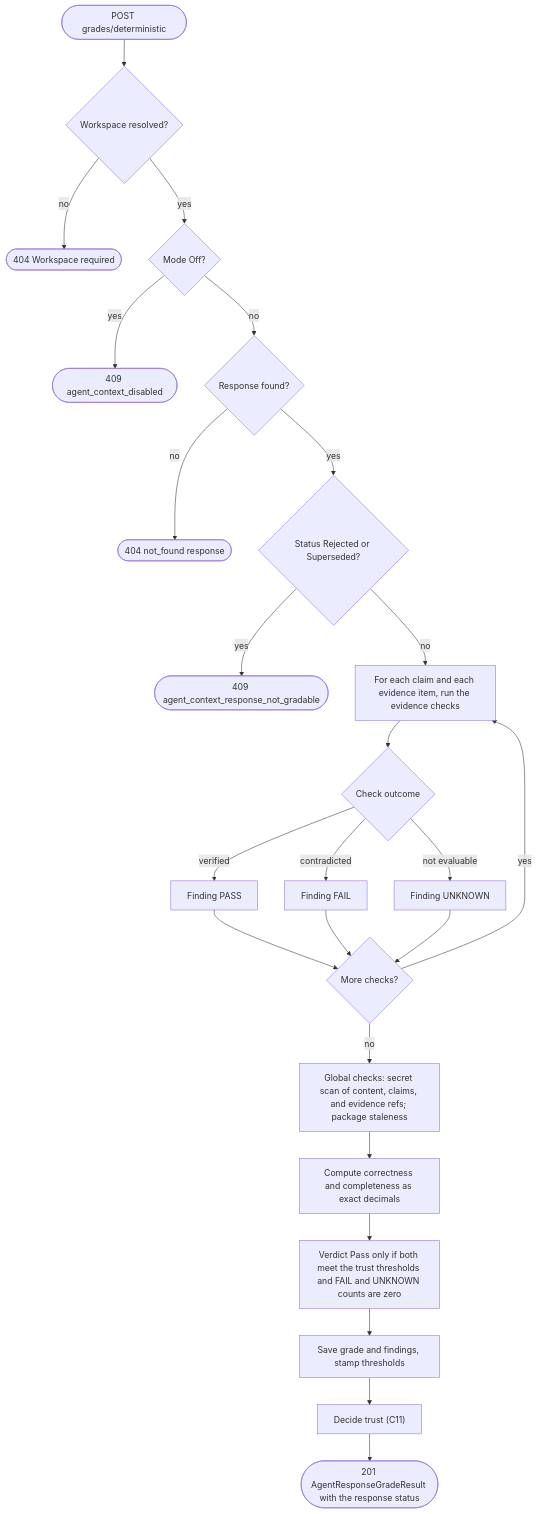
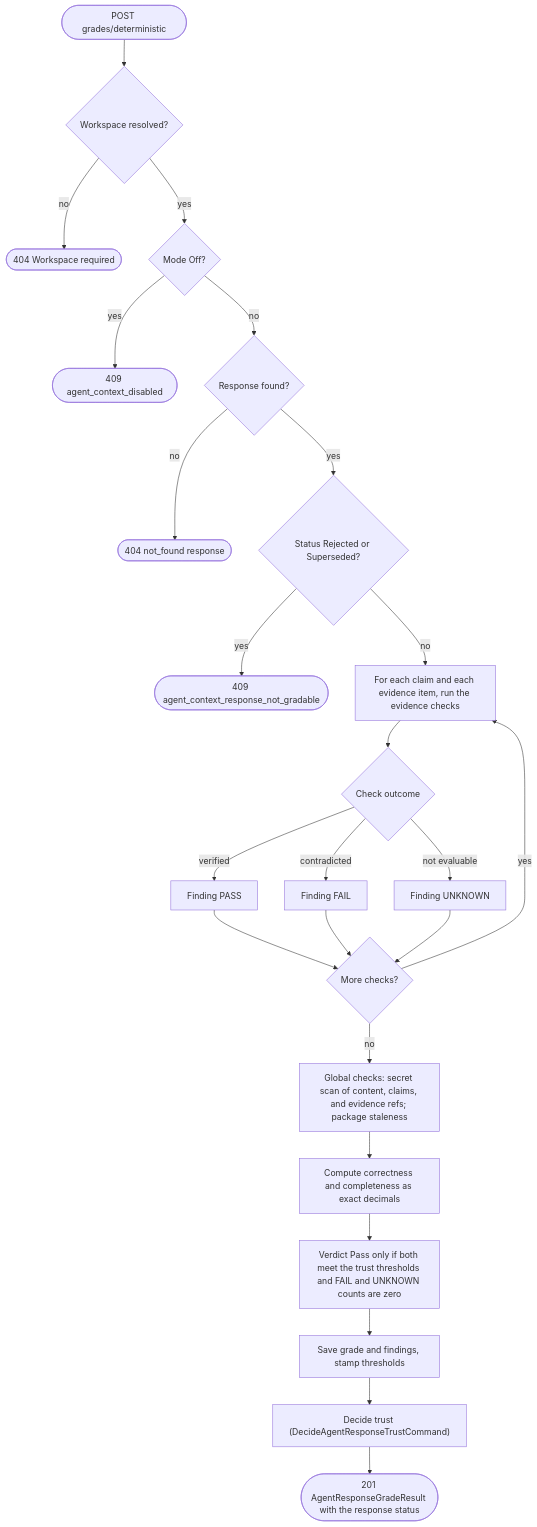
One commit to sharpninja/McpServer changed diagram 11 of 59 in docs/Stateless-Agent-Context-Management.md. Above: the diagram before and after it, drawn with Mermaid. The commit also changed other lines of this file, not shown here.

First line of the commit message:
docs: update stateless agent context for the PowerShell-only plugin core

````diff
--- a/docs/Stateless-Agent-Context-Management.md
+++ b/docs/Stateless-Agent-Context-Management.md
@@ -450,26 +484,26 @@
 ```mermaid
 flowchart TD
     S(["POST grades/deterministic"]) --> W{"Workspace resolved?"}
     W -->|no| E0(["404 Workspace required"])
     W -->|yes| MO{"Mode Off?"}
     MO -->|yes| E1(["409 agent_context_disabled"])
     MO -->|no| F{"Response found?"}
     F -->|no| E2(["404 not_found response"])
     F -->|yes| GS{"Status Rejected or Superseded?"}
     GS -->|yes| E3(["409 agent_context_response_not_gradable"])
     GS -->|no| CL["For each claim and each evidence item, run the evidence checks"]
     CL --> CK{"Check outcome"}
     CK -->|verified| PF["Finding PASS"]
     CK -->|contradicted| FF["Finding FAIL"]
     CK -->|not evaluable| UF["Finding UNKNOWN"]
     PF --> NX{"More checks?"}
     FF --> NX
     UF --> NX
     NX -->|yes| CL
     NX -->|no| GL["Global checks: secret scan of content, claims, and evidence refs; package staleness"]
     GL --> SC["Compute correctness and completeness as exact decimals"]
     SC --> VD["Verdict Pass only if both meet the trust thresholds and FAIL and UNKNOWN counts are zero"]
     VD --> SV["Save grade and findings, stamp thresholds"]
-    SV --> TR["Decide trust (C11)"]
+    SV --> TR["Decide trust (DecideAgentResponseTrustCommand)"]
     TR --> R(["201 AgentResponseGradeResult with the response status"])
 ```
````
